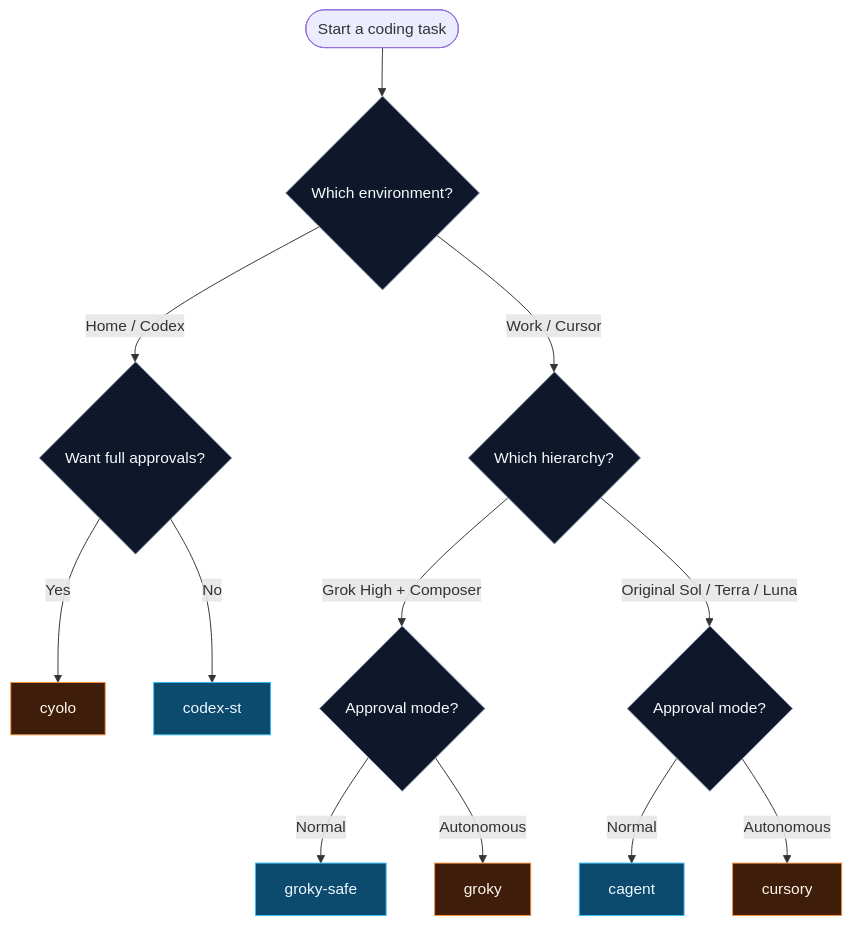
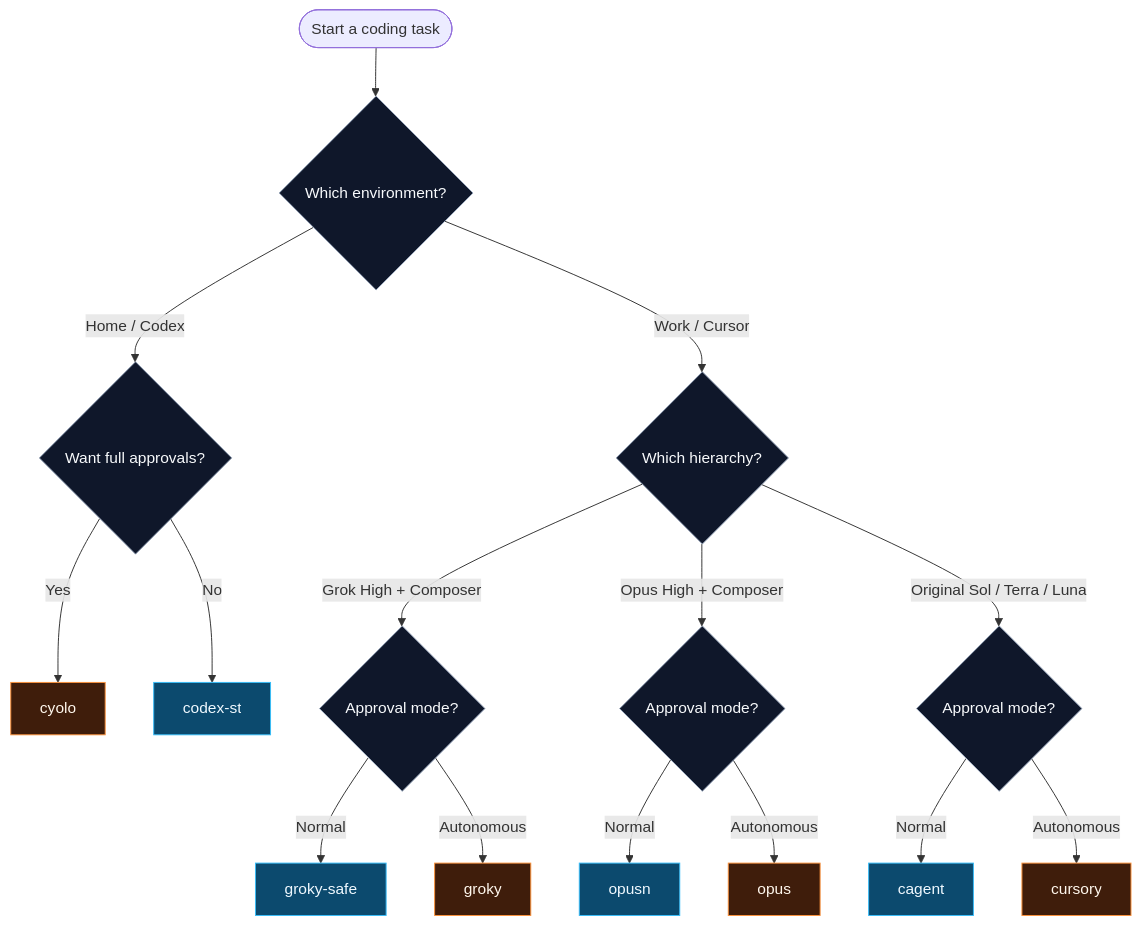
The second of 6 diagrams in README.md (Mahdi451/ai-cli-dotfiles), drawn with Mermaid before and after one commit. The commit also changed other lines of this file and 3 other files, not shown here.

Commit message:
Document the Opus hierarchy consistently: diagrams, OPUS.md, prompt, and workflow isolation.

````diff
--- a/README.md
+++ b/README.md
@@ -48,26 +54,30 @@
 ```mermaid
 flowchart TD
     START([Start a coding task]) --> WHERE{Which environment?}
 
     WHERE -->|Home / Codex| GPTRISK{Want full approvals?}
     WHERE -->|Work / Cursor| CURSORSTYLE{Which hierarchy?}
 
     GPTRISK -->|Yes| CYOLO[cyolo]
     GPTRISK -->|No| CST[codex-st]
 
     CURSORSTYLE -->|Grok High + Composer| GROKAPP{Approval mode?}
+    CURSORSTYLE -->|Opus High + Composer| OPUSAPP{Approval mode?}
     CURSORSTYLE -->|Original Sol / Terra / Luna| OLDAPP{Approval mode?}
 
     GROKAPP -->|Normal| GSAFE[groky-safe]
     GROKAPP -->|Autonomous| GROKY[groky]
+
+    OPUSAPP -->|Normal| OPUSN[opusn]
+    OPUSAPP -->|Autonomous| OPUS[opus]
 
     OLDAPP -->|Normal| CAGENT[cagent]
     OLDAPP -->|Autonomous| CURSORY[cursory]
 
     classDef decision fill:#0f172a,stroke:#94a3b8,color:#f8fafc;
     classDef safe fill:#0c4a6e,stroke:#38bdf8,color:#f0f9ff;
     classDef auto fill:#3f1d0b,stroke:#fb923c,color:#fff7ed;
-    class WHERE,GPTRISK,CURSORSTYLE,GROKAPP,OLDAPP decision;
-    class CST,GSAFE,CAGENT safe;
-    class CYOLO,GROKY,CURSORY auto;
+    class WHERE,GPTRISK,CURSORSTYLE,GROKAPP,OPUSAPP,OLDAPP decision;
+    class CST,GSAFE,OPUSN,CAGENT safe;
+    class CYOLO,GROKY,OPUS,CURSORY auto;
 ```
````
